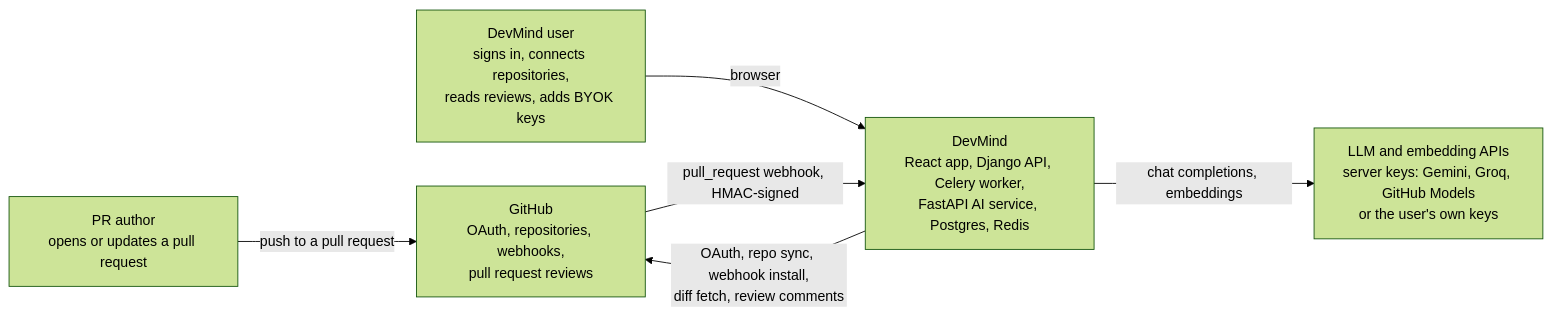
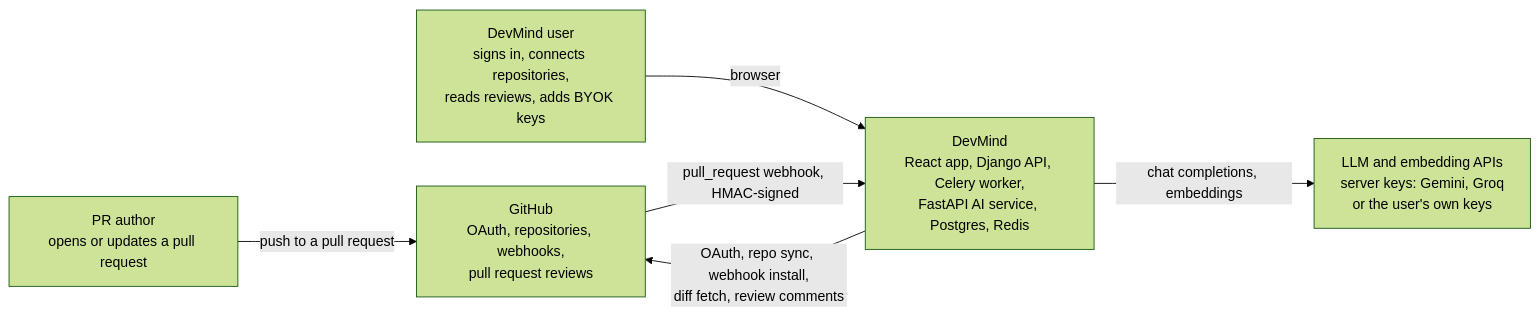
The first of 2 diagrams in README.md (muhammedsiinanmp/Devmind), drawn with Mermaid (forest theme) before and after one commit. The commit also changed other lines of this file and 3 other files, not shown here.

Commit message:
Document GitHub Models removal

````diff
--- a/README.md
+++ b/README.md
@@ -20,14 +20,14 @@
 ```mermaid
 flowchart LR
     Author["PR author<br/>opens or updates a pull request"]
     User["DevMind user<br/>signs in, connects repositories,<br/>reads reviews, adds BYOK keys"]
     DM["DevMind<br/>React app, Django API, Celery worker,<br/>FastAPI AI service, Postgres, Redis"]
     GH["GitHub<br/>OAuth, repositories, webhooks,<br/>pull request reviews"]
-    LLM["LLM and embedding APIs<br/>server keys: Gemini, Groq, GitHub Models<br/>or the user's own keys"]
+    LLM["LLM and embedding APIs<br/>server keys: Gemini, Groq<br/>or the user's own keys"]
 
     Author -->|"push to a pull request"| GH
     User -->|"browser"| DM
     GH -->|"pull_request webhook, HMAC-signed"| DM
     DM -->|"OAuth, repo sync, webhook install,<br/>diff fetch, review comments"| GH
     DM -->|"chat completions, embeddings"| LLM
 ```
````
